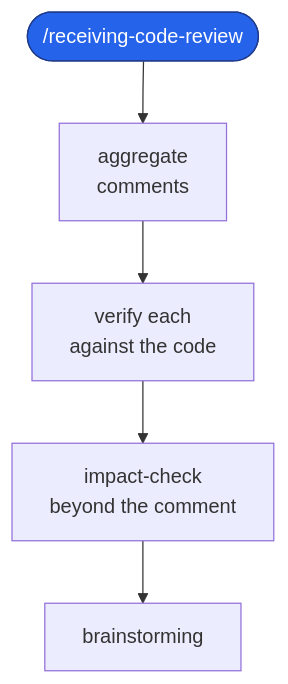
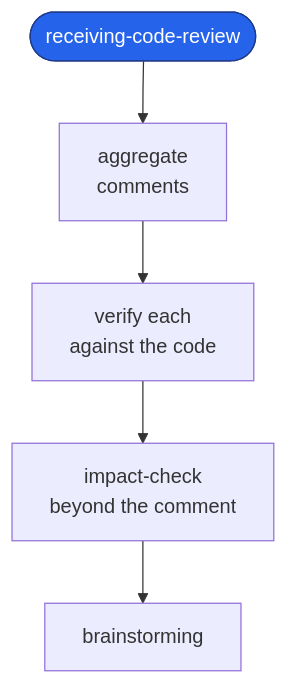
One commit to dashworthy/engineering changed the fourth of 6 diagrams in README.md. Above: the diagram before and after it, drawn with Mermaid. The commit also changed other lines of this file and 25 other files, not shown here.

````diff
--- a/README.md
+++ b/README.md
@@ -111,9 +111,9 @@
 ```mermaid
 flowchart TD
     classDef entry fill:#2563eb,stroke:#1e3a8a,color:#fff
 
-    RC(["/receiving-code-review"]):::entry --> RC1["aggregate<br/>comments"]
+    RC(["receiving-code-review"]):::entry --> RC1["aggregate<br/>comments"]
     RC1 --> RC2["verify each<br/>against the code"]
     RC2 --> RC3["impact-check<br/>beyond the comment"]
     RC3 --> BR["brainstorming"]
 ```
````
